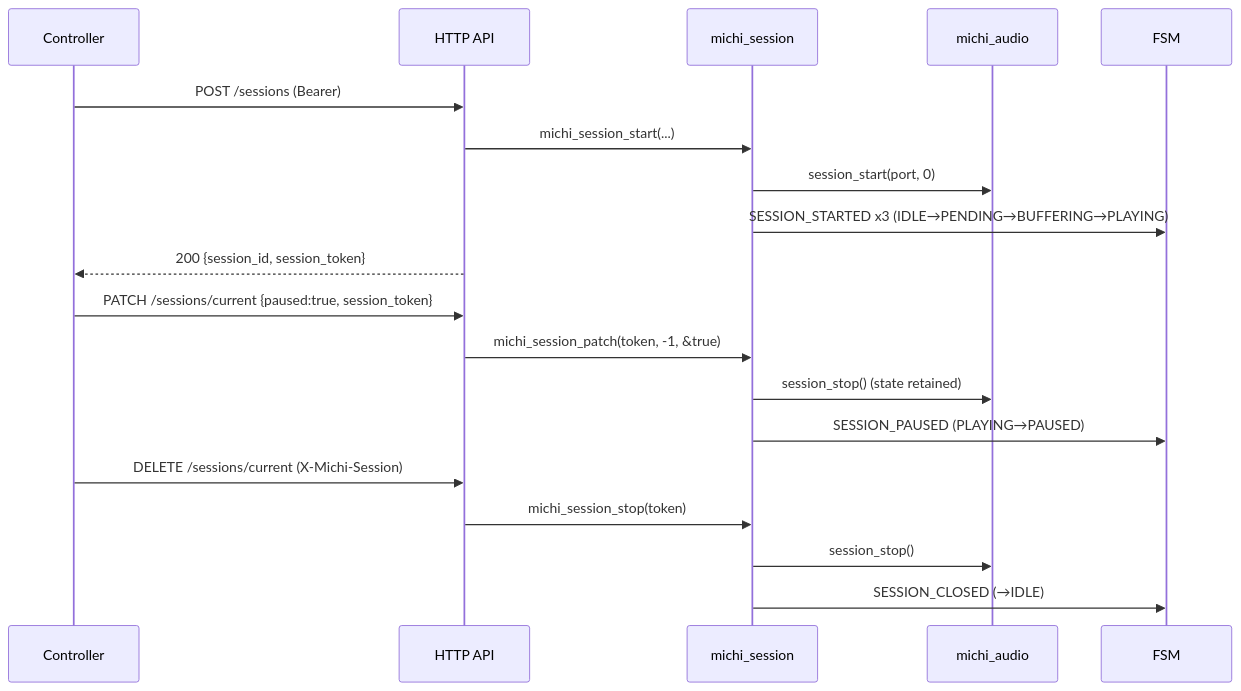
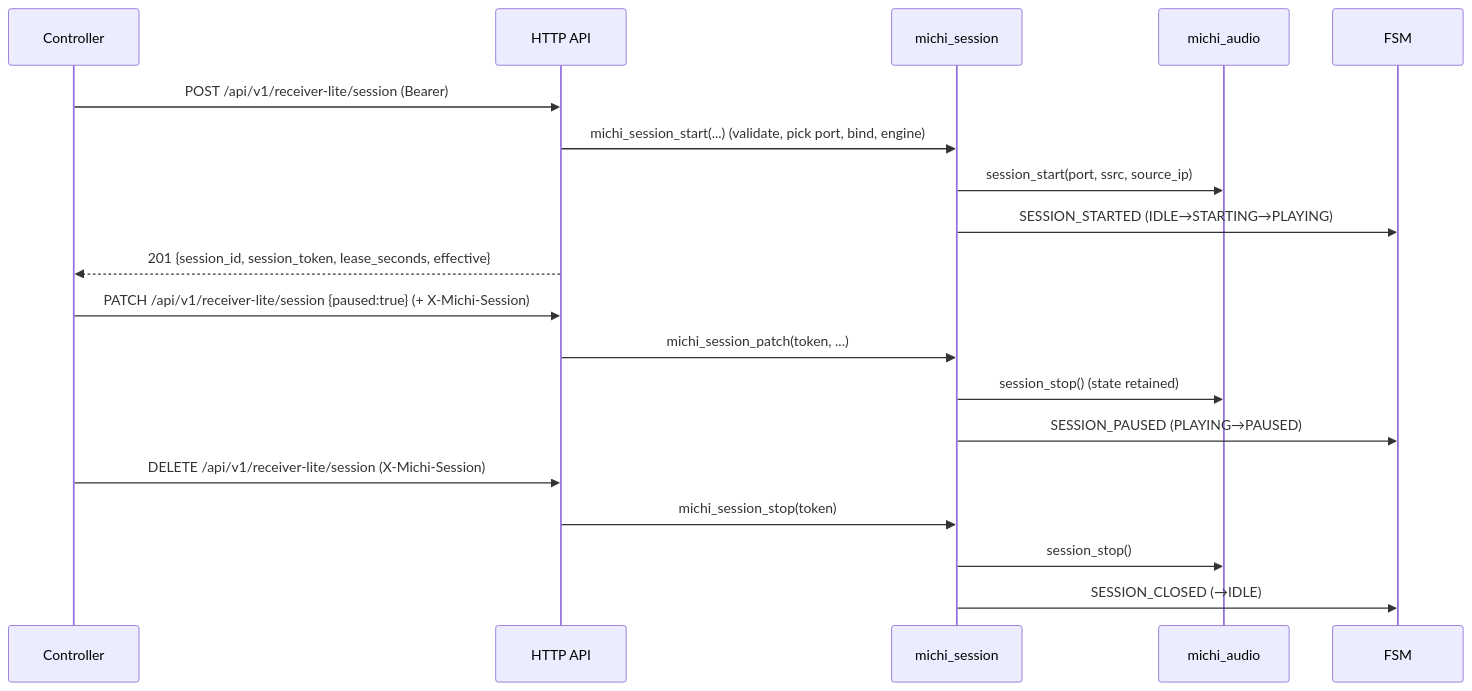
Before and after one commit to pitydah/michi-music-stream: the seventh of 9 diagrams in firmware/README.md, drawn with Mermaid. The commit also changed other lines of this file and 50 other files, not shown here.

Commit message:
chore(receiver): remove superseded api and implementation

````diff
--- a/firmware/README.md
+++ b/firmware/README.md
@@ -1362,21 +1392,21 @@
 ```mermaid
 sequenceDiagram
     participant C as Controller
     participant API as HTTP API
     participant S as michi_session
     participant A as michi_audio
     participant F as FSM
-    C->>API: POST /sessions (Bearer)
-    API->>S: michi_session_start(...)
-    S->>A: session_start(port, 0)
-    S->>F: SESSION_STARTED x3 (IDLE→PENDING→BUFFERING→PLAYING)
-    API-->>C: 200 {session_id, session_token}
-    C->>API: PATCH /sessions/current {paused:true, session_token}
-    API->>S: michi_session_patch(token, -1, &true)
+    C->>API: POST /api/v1/receiver-lite/session (Bearer)
+    API->>S: michi_session_start(...) (validate, pick port, bind, engine)
+    S->>A: session_start(port, ssrc, source_ip)
+    S->>F: SESSION_STARTED (IDLE→STARTING→PLAYING)
+    API-->>C: 201 {session_id, session_token, lease_seconds, effective}
+    C->>API: PATCH /api/v1/receiver-lite/session {paused:true} (+ X-Michi-Session)
+    API->>S: michi_session_patch(token, ...)
     S->>A: session_stop() (state retained)
     S->>F: SESSION_PAUSED (PLAYING→PAUSED)
-    C->>API: DELETE /sessions/current (X-Michi-Session)
+    C->>API: DELETE /api/v1/receiver-lite/session (X-Michi-Session)
     API->>S: michi_session_stop(token)
     S->>A: session_stop()
     S->>F: SESSION_CLOSED (→IDLE)
 ```
````
